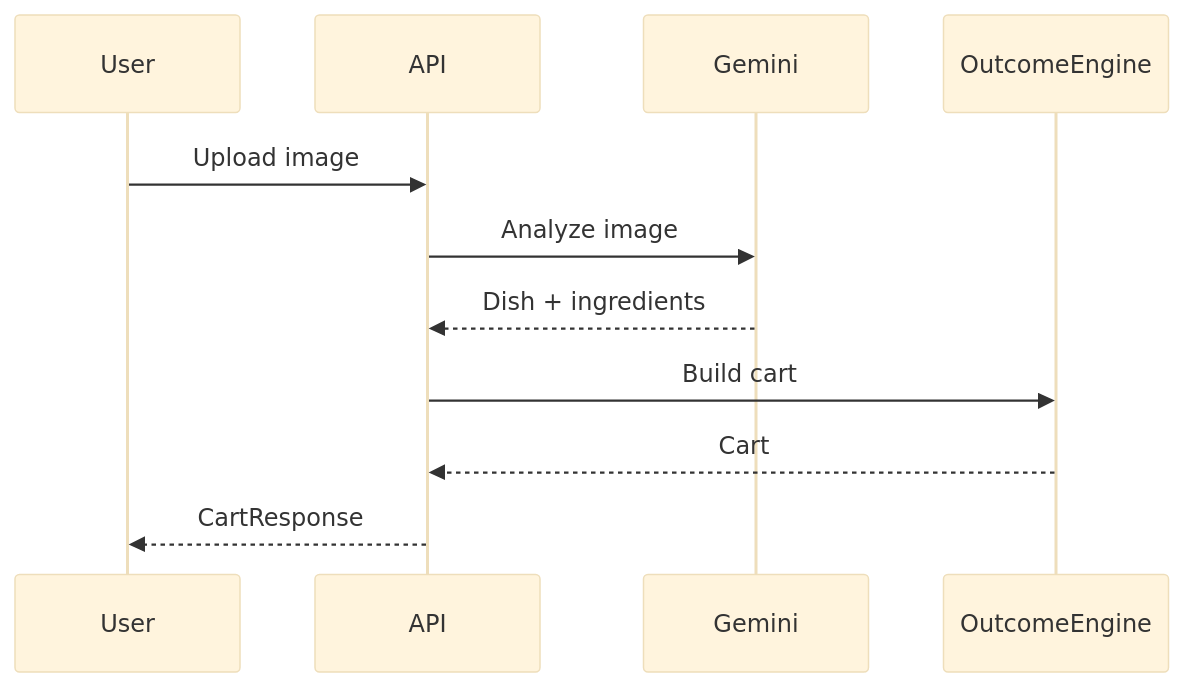
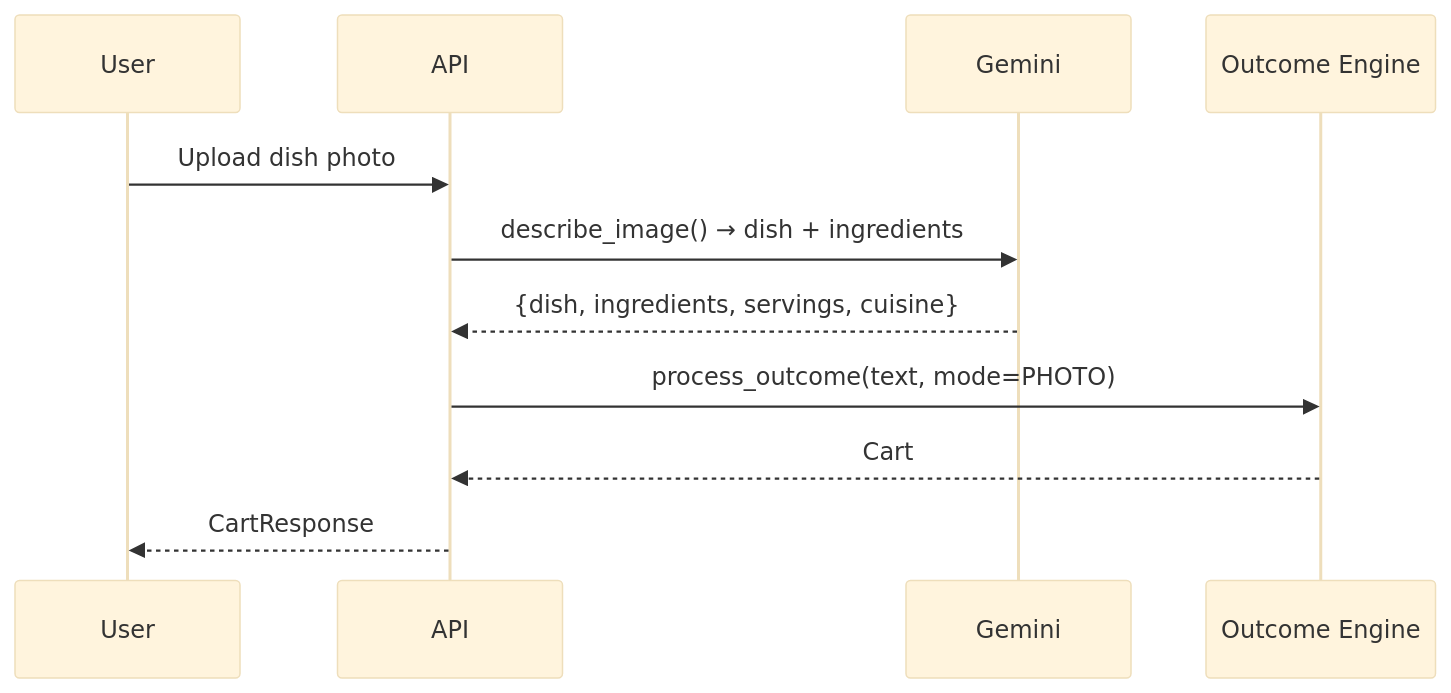
Before and after one commit to Strizzyy/NowCart: the fourth of 11 diagrams in SYSTEM_ARCHITECTURE.md, drawn with Mermaid (base theme). The commit also changed other lines of this file and 2 other files, not shown here.

Commit message:
refined readme and system architecture

````diff
--- a/SYSTEM_ARCHITECTURE.md
+++ b/SYSTEM_ARCHITECTURE.md
@@ -122,14 +154,13 @@
 ```mermaid
 sequenceDiagram
     participant User
     participant API
     participant Gemini
-    participant OutcomeEngine
-
-    User->>API: Upload image
-    API->>Gemini: Analyze image
-    Gemini-->>API: Dish + ingredients
-    API->>OutcomeEngine: Build cart
-    OutcomeEngine-->>API: Cart
+    participant Engine as Outcome Engine
+    User->>API: Upload dish photo
+    API->>Gemini: describe_image() → dish + ingredients
+    Gemini-->>API: {dish, ingredients, servings, cuisine}
+    API->>Engine: process_outcome(text, mode=PHOTO)
+    Engine-->>API: Cart
     API-->>User: CartResponse
 ```
````
